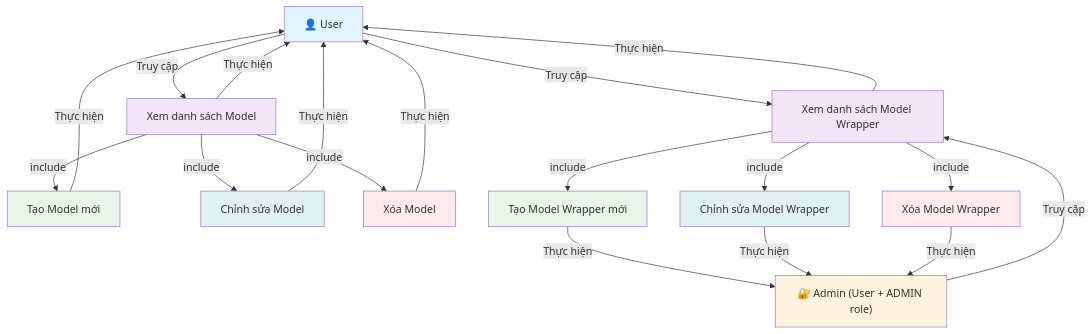
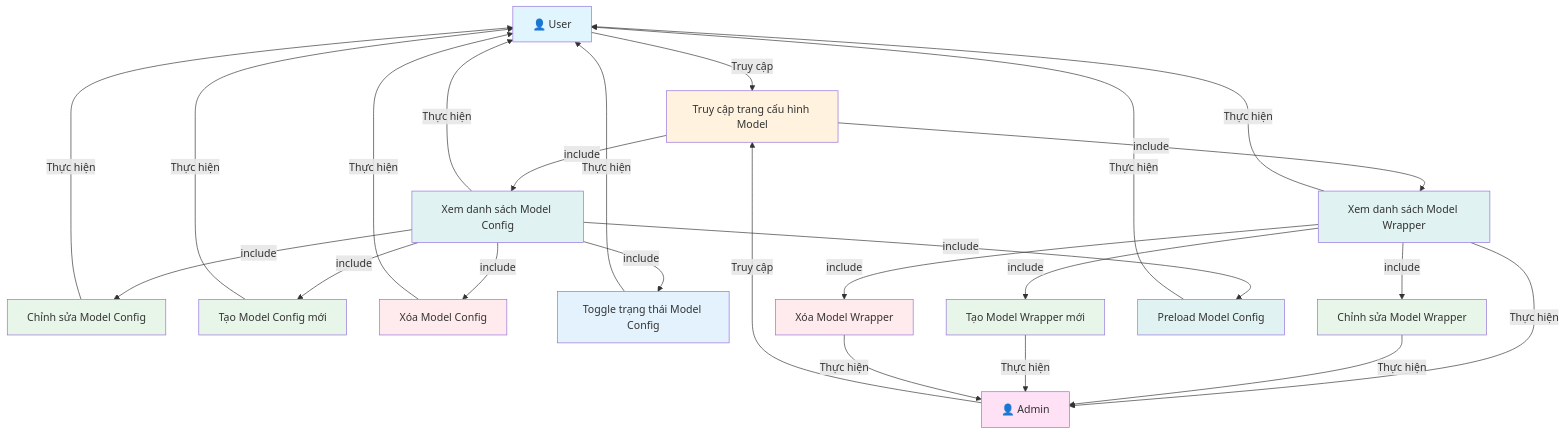
One commit to mduc-2610/gp_doc changed the diagram in model_config/1_model_config_usecase.md. Above: the diagram before and after it, drawn with Mermaid. The commit also changed other lines of this file and 12 other files, not shown here.

Commit message:
refactor scenario and sequence

````diff
--- a/model_config/1_model_config_usecase.md
+++ b/model_config/1_model_config_usecase.md
@@ -3,55 +3,66 @@
 ```mermaid
 graph TB
-    UserActor["👤 User"]
-    AdminActor["🔐 Admin (User + ADMIN role)"]
+    Actor["👤 User"]
+    AdminActor["👤 Admin"]
     
-    ListModels["Xem danh sách Model"]
-    CreateModel["Tạo Model mới"]
-    EditModel["Chỉnh sửa Model"]
-    DeleteModel["Xóa Model"]
+    AccessModelConfigPage["Truy cập trang cấu hình Model"]
+    ViewModelConfigList["Xem danh sách Model Config"]
+    ViewWrapperList["Xem danh sách Model Wrapper"]
+    EditModelConfig["Chỉnh sửa Model Config"]
+    CreateModelConfig["Tạo Model Config mới"]
+    DeleteModelConfig["Xóa Model Config"]
+    ToggleModelConfig["Toggle trạng thái Model Config"]
     
-    ListWrappers["Xem danh sách Model Wrapper"]
+    EditWrapper["Chỉnh sửa Model Wrapper"]
     CreateWrapper["Tạo Model Wrapper mới"]
-    EditWrapper["Chỉnh sửa Model Wrapper"]
     DeleteWrapper["Xóa Model Wrapper"]
+    PreloadModelConfig["Preload Model Config"]
     
-    %% User có thể xem và quản lý Model của mình
-    UserActor -->|Truy cập| ListModels
-    ListModels -->|Thực hiện| UserActor
+    Actor -->|Truy cập| AccessModelConfigPage
+    AdminActor -->|Truy cập| AccessModelConfigPage
     
-    ListModels -->|include| CreateModel
-    CreateModel -->|Thực hiện| UserActor
+    AccessModelConfigPage -->|include| ViewModelConfigList
+    ViewModelConfigList -->|Thực hiện| Actor
     
-    ListModels -->|include| EditModel
-    EditModel -->|Thực hiện| UserActor
+    AccessModelConfigPage -->|include| ViewWrapperList
+    ViewWrapperList -->|Thực hiện| Actor
+    ViewWrapperList -->|Thực hiện| AdminActor
     
-    ListModels -->|include| DeleteModel
-    DeleteModel -->|Thực hiện| UserActor
+    ViewModelConfigList -->|include| EditModelConfig
+    EditModelConfig -->|Thực hiện| Actor
     
-    %% User có thể xem danh sách Model Wrapper
-    UserActor -->|Truy cập| ListWrappers
-    ListWrappers -->|Thực hiện| UserActor
+    ViewModelConfigList -->|include| CreateModelConfig
+    CreateModelConfig -->|Thực hiện| Actor
     
-    %% Admin có thể tạo, sửa, xóa Wrapper (Admin inherits User permissions)
-    AdminActor -->|Truy cập| ListWrappers
+    ViewModelConfigList -->|include| DeleteModelConfig
+    DeleteModelConfig -->|Thực hiện| Actor
     
-    ListWrappers -->|include| CreateWrapper
+    ViewModelConfigList -->|include| ToggleModelConfig
+    ToggleModelConfig -->|Thực hiện| Actor
+    
+    ViewModelConfigList -->|include| PreloadModelConfig
+    PreloadModelConfig -->|Thực hiện| Actor
+    
+    ViewWrapperList -->|include| EditWrapper
+    EditWrapper -->|Thực hiện| AdminActor
+    
+    ViewWrapperList -->|include| CreateWrapper
     CreateWrapper -->|Thực hiện| AdminActor
     
-    ListWrappers -->|include| EditWrapper
-    EditWrapper -->|Thực hiện| AdminActor
-    
-    ListWrappers -->|include| DeleteWrapper
+    ViewWrapperList -->|include| DeleteWrapper
     DeleteWrapper -->|Thực hiện| AdminActor
     
-    style UserActor fill:#e1f5ff
-    style AdminActor fill:#fff3e0
-    style ListModels fill:#f3e5f5
-    style CreateModel fill:#e8f5e9
-    style EditModel fill:#e0f2f1
-    style DeleteModel fill:#ffebee
-    style ListWrappers fill:#f3e5f5
+    style Actor fill:#e1f5ff
+    style AdminActor fill:#ffe1f5
+    style AccessModelConfigPage fill:#fff3e0
+    style ViewModelConfigList fill:#e0f2f1
+    style ViewWrapperList fill:#e0f2f1
+    style EditModelConfig fill:#e8f5e9
+    style CreateModelConfig fill:#e8f5e9
+    style DeleteModelConfig fill:#ffebee
+    style ToggleModelConfig fill:#e3f2fd
+    style EditWrapper fill:#e8f5e9
     style CreateWrapper fill:#e8f5e9
-    style EditWrapper fill:#e0f2f1
     style DeleteWrapper fill:#ffebee
+    style PreloadModelConfig fill:#e0f2f1
 ```
````
